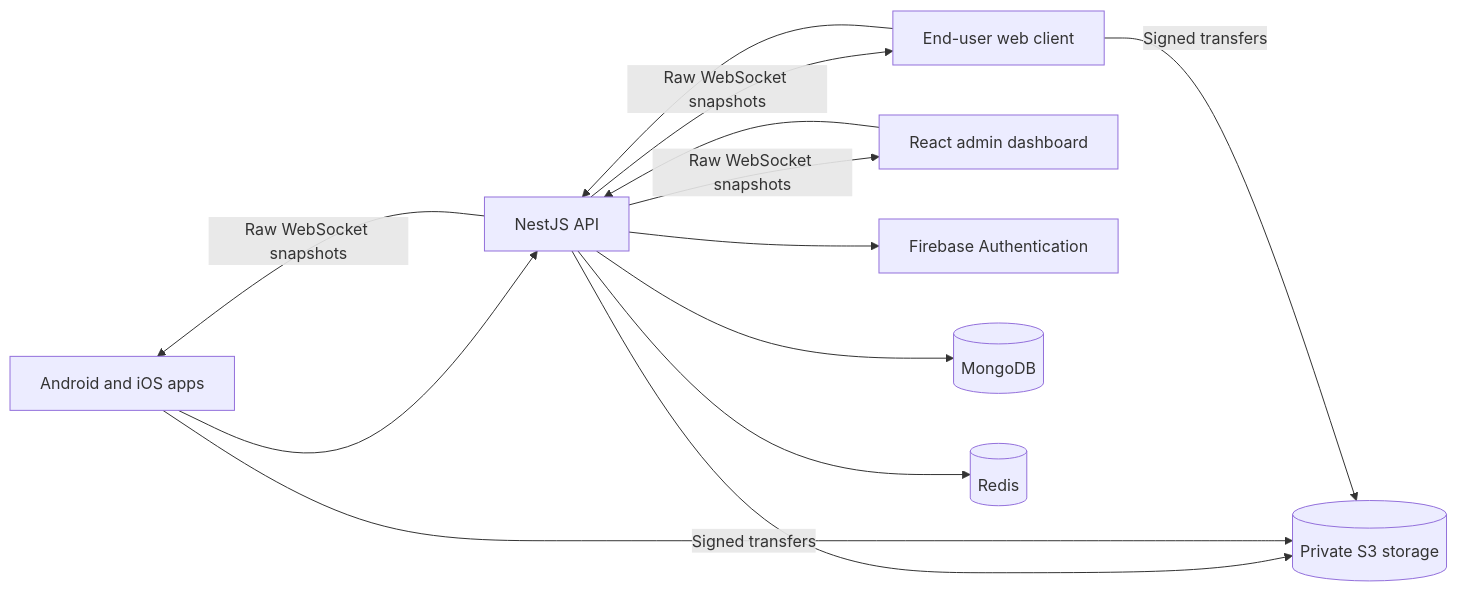
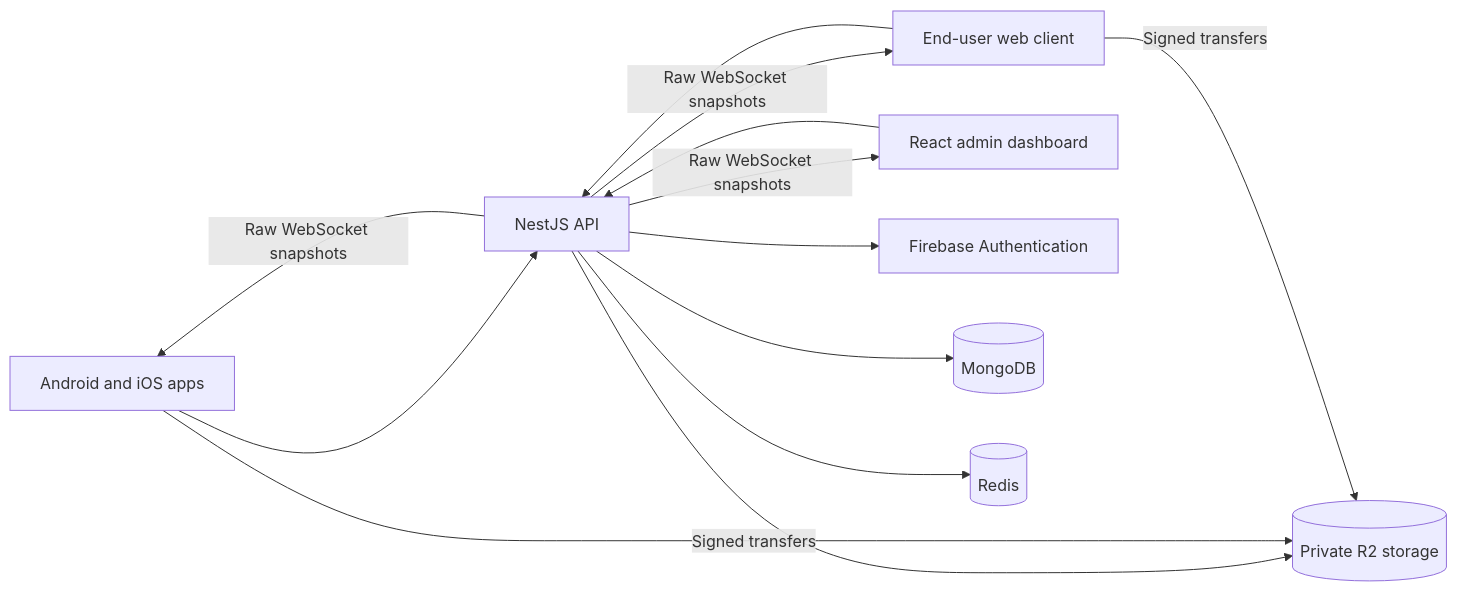
One commit to hatemragab/music_mute changed the diagram in README.md. Above: the diagram before and after it, drawn with Mermaid. The commit also changed other lines of this file and 206 other files, not shown here.

Commit message:
feat: migrate application storage from AWS S3 to private R2

````diff
--- a/README.md
+++ b/README.md
@@ -44,15 +46,15 @@
 ```mermaid
 flowchart LR
     Apps[Android and iOS apps] --> API[NestJS API]
     Web[End-user web client] --> API
     Dashboard[React admin dashboard] --> API
     API -->|Raw WebSocket snapshots| Apps
     API -->|Raw WebSocket snapshots| Web
     API -->|Raw WebSocket snapshots| Dashboard
     API --> Firebase[Firebase Authentication]
     API --> MongoDB[(MongoDB)]
     API --> Redis[(Redis)]
-    API --> S3[(Private S3 storage)]
-    Apps -->|Signed transfers| S3
-    Web -->|Signed transfers| S3
+    API --> R2[(Private R2 storage)]
+    Apps -->|Signed transfers| R2
+    Web -->|Signed transfers| R2
 ```
````
